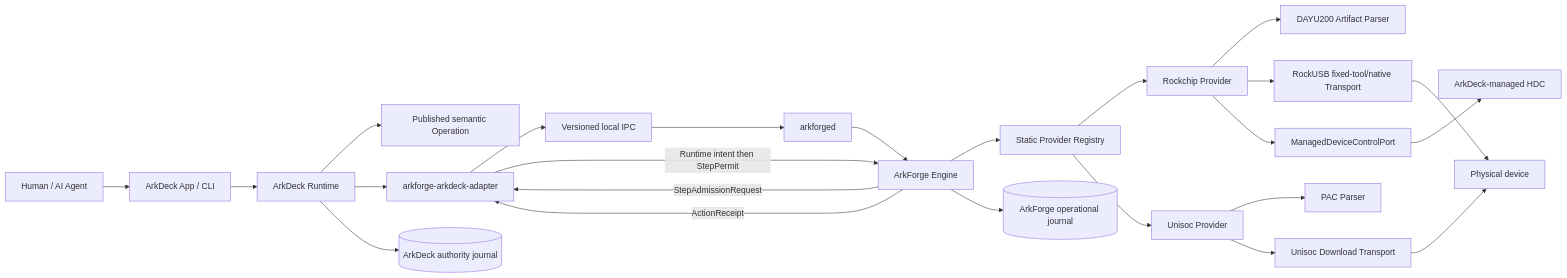
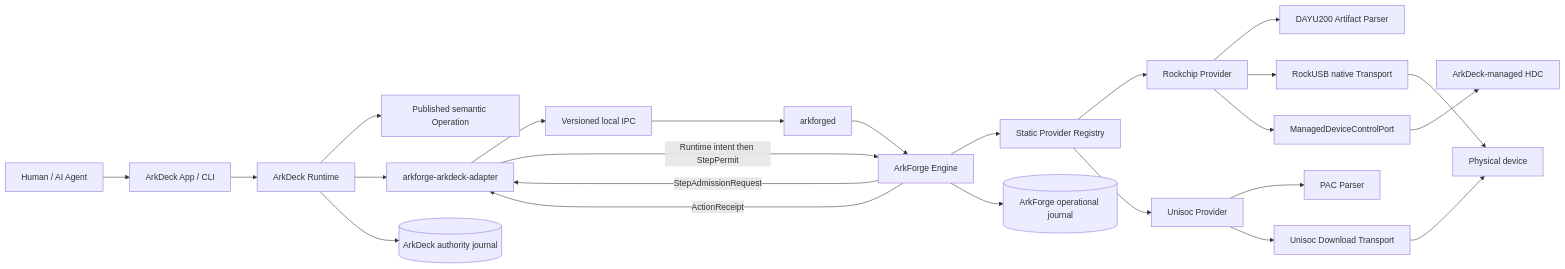
Before and after one commit to ArkDeck/ArkForge: the first of 2 diagrams in docs/architecture.md, drawn with Mermaid. The commit also changed other lines of this file and 2 other files, not shown here.

First line of the commit message:
docs(TASK-NRU-004): align architecture, AFD-0003 and README with the native runtime

```diff
--- a/docs/architecture.md
+++ b/docs/architecture.md
@@ -294,34 +296,34 @@
 ~~~mermaid
 flowchart LR
     A[Human / AI Agent] --> APP[ArkDeck App / CLI]
     APP --> RT[ArkDeck Runtime]
 
     RT --> OP[Published semantic Operation]
     RT --> ADC[arkforge-arkdeck-adapter]
     ADC --> IPC[Versioned local IPC]
     IPC --> D[arkforged]
 
     D --> E[ArkForge Engine]
     E --> PR[Static Provider Registry]
     PR --> RK[Rockchip Provider]
     PR --> UNI[Unisoc Provider]
 
     RK --> ART200[DAYU200 Artifact Parser]
-    RK --> RKT[RockUSB fixed-tool/native Transport]
+    RK --> RKT[RockUSB native Transport]
 
     UNI --> PAC[PAC Parser]
     UNI --> UT[Unisoc Download Transport]
 
     E --> AJ[(ArkForge operational journal)]
     RT --> RJ[(ArkDeck authority journal)]
 
     E -->|StepAdmissionRequest| ADC
     ADC -->|Runtime intent then StepPermit| E
     E -->|ActionReceipt| ADC
 
     RK --> MDC[ManagedDeviceControlPort]
     MDC --> HDC[ArkDeck-managed HDC]
 
     RKT --> DEV[Physical device]
     UT --> DEV
 ~~~
```
